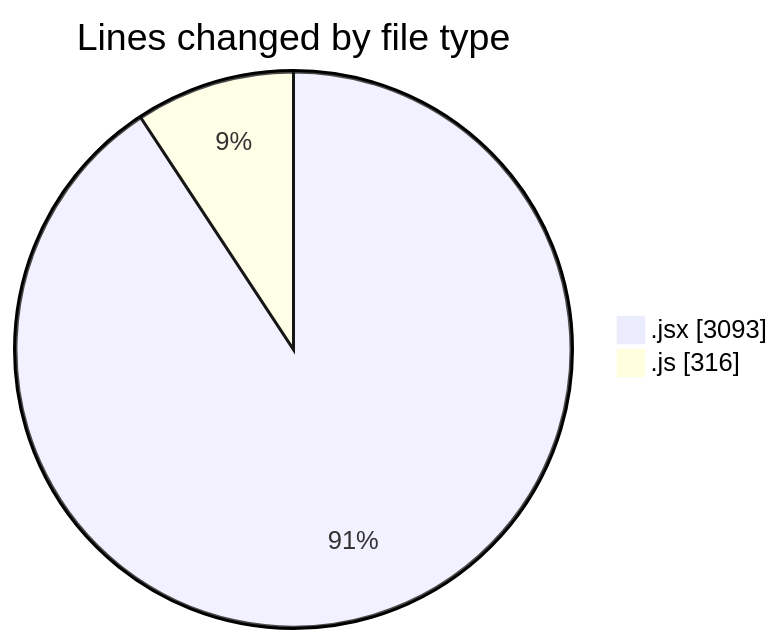
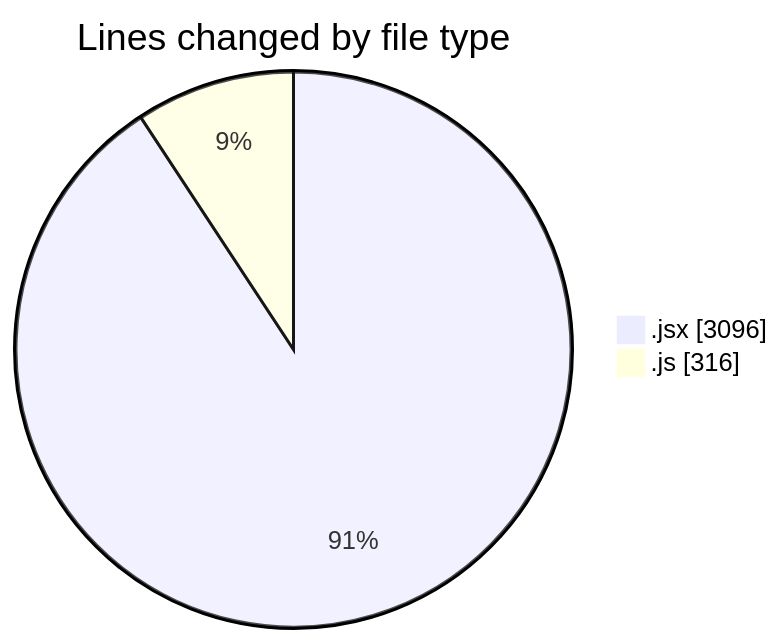
The first of 2 diagrams in 2025-07-10/argos/README.md (nxtqubesakshisongat/code-tracking), drawn with Mermaid before and after one commit. The commit also changed other lines of this file and 1 other file, not shown here.

````diff
--- a/2025-07-10/argos/README.md
+++ b/2025-07-10/argos/README.md
@@ -25,6 +25,6 @@
 ```mermaid
 pie showData
 title Lines changed by file type
-".jsx" : 3093
+".jsx" : 3096
 ".js" : 316
 ```
````
